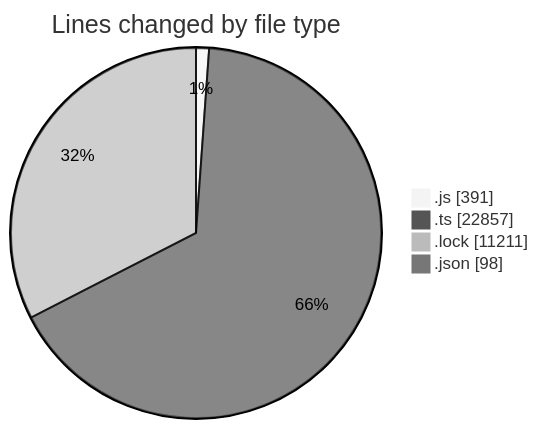
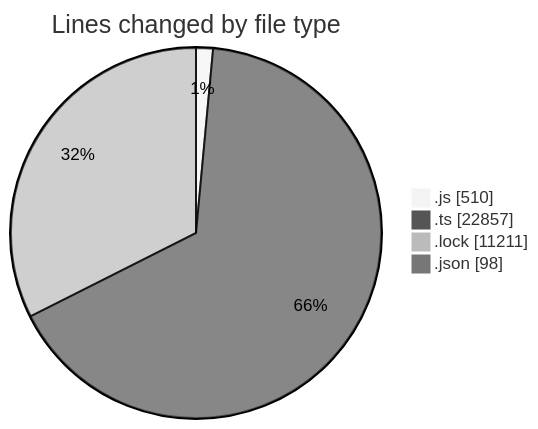
Before and after one commit to momahboobian/code-tracking: the first of 2 diagrams in 2025-05-27/cda/README.md, drawn with Mermaid (neutral theme). The commit also changed other lines of this file and 1 other file, not shown here.

````diff
--- a/2025-05-27/cda/README.md
+++ b/2025-05-27/cda/README.md
@@ -31,8 +32,8 @@
 ```mermaid
 pie showData
 title Lines changed by file type
-".js" : 391
+".js" : 510
 ".ts" : 22857
 ".lock" : 11211
 ".json" : 98
 ```
````
